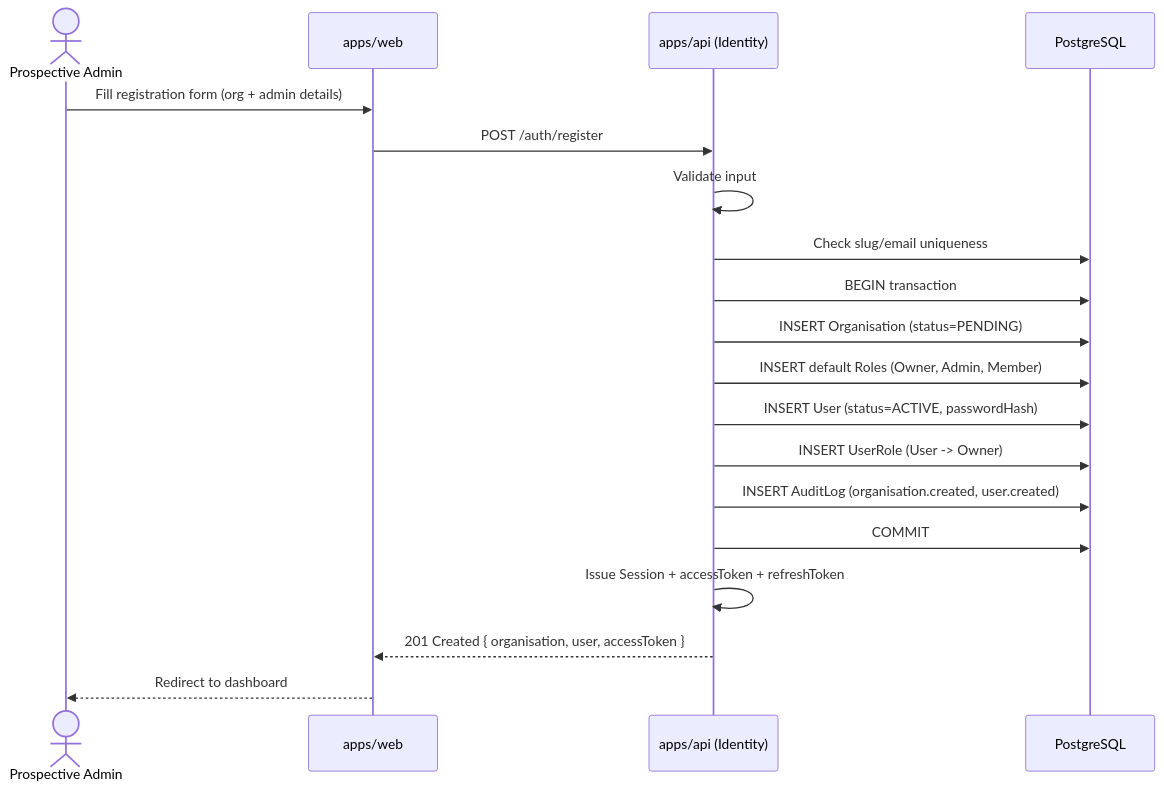
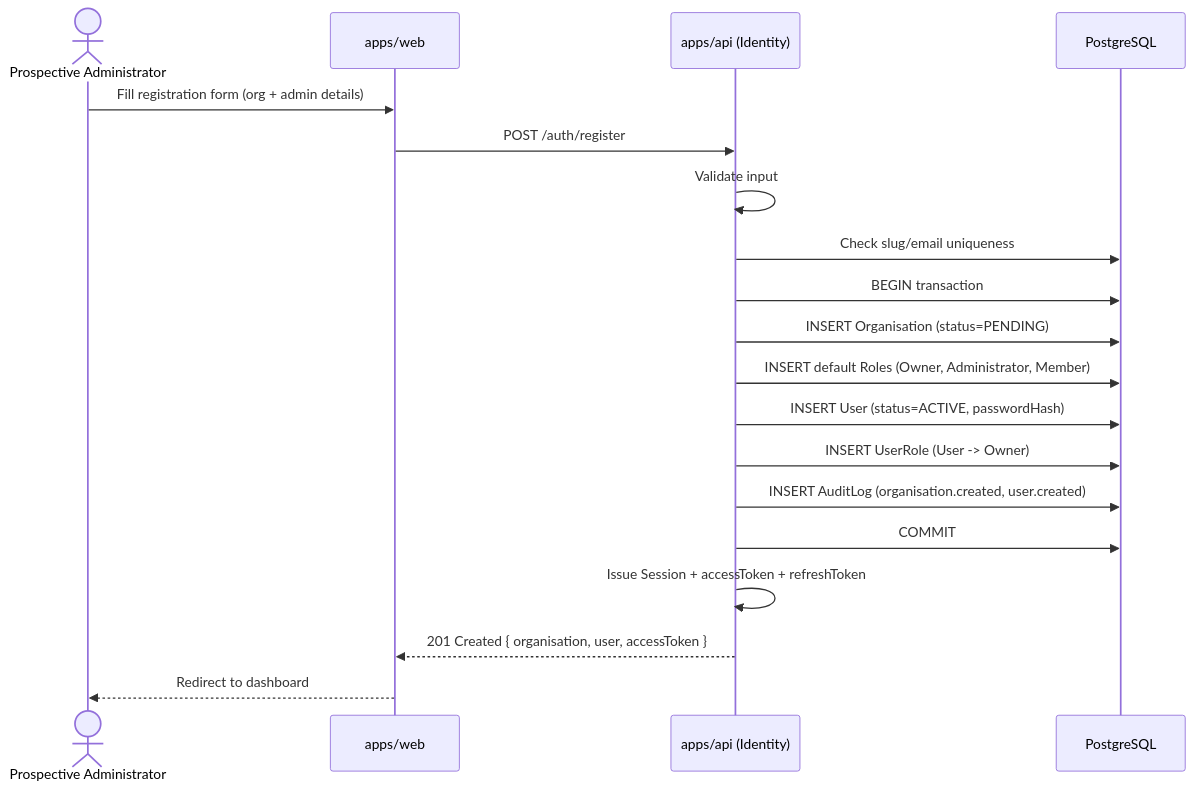
The second of 7 diagrams in docs/domains/identity.md (Jaycode068/Zentuva--MCOS), drawn with Mermaid before and after one commit. The commit also changed other lines of this file and 30 other files, not shown here.

````diff
--- a/docs/domains/identity.md
+++ b/docs/domains/identity.md
@@ -918,22 +918,22 @@
 ```mermaid
 sequenceDiagram
-    actor Founder as Prospective Admin
+    actor Founder as Prospective Administrator
     participant Web as apps/web
     participant API as apps/api (Identity)
     participant DB as PostgreSQL
 
     Founder->>Web: Fill registration form (org + admin details)
     Web->>API: POST /auth/register
     API->>API: Validate input
     API->>DB: Check slug/email uniqueness
     API->>DB: BEGIN transaction
     API->>DB: INSERT Organisation (status=PENDING)
-    API->>DB: INSERT default Roles (Owner, Admin, Member)
+    API->>DB: INSERT default Roles (Owner, Administrator, Member)
     API->>DB: INSERT User (status=ACTIVE, passwordHash)
     API->>DB: INSERT UserRole (User -> Owner)
     API->>DB: INSERT AuditLog (organisation.created, user.created)
     API->>DB: COMMIT
     API->>API: Issue Session + accessToken + refreshToken
     API-->>Web: 201 Created { organisation, user, accessToken }
     Web-->>Founder: Redirect to dashboard
 ```
````
